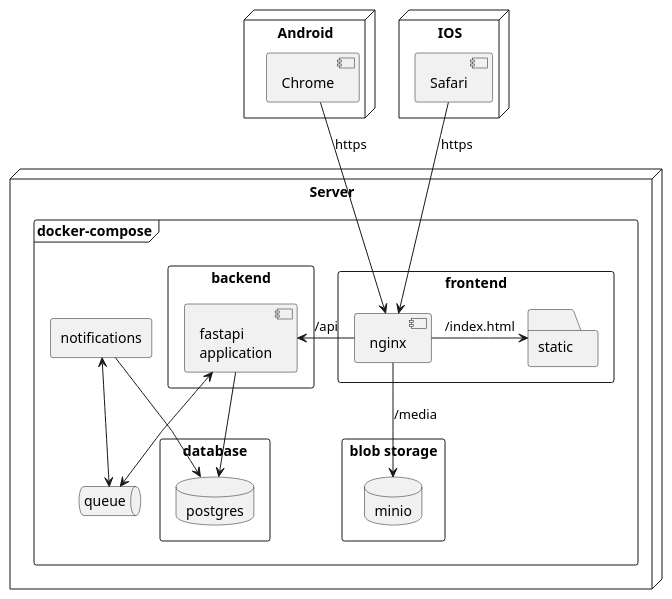
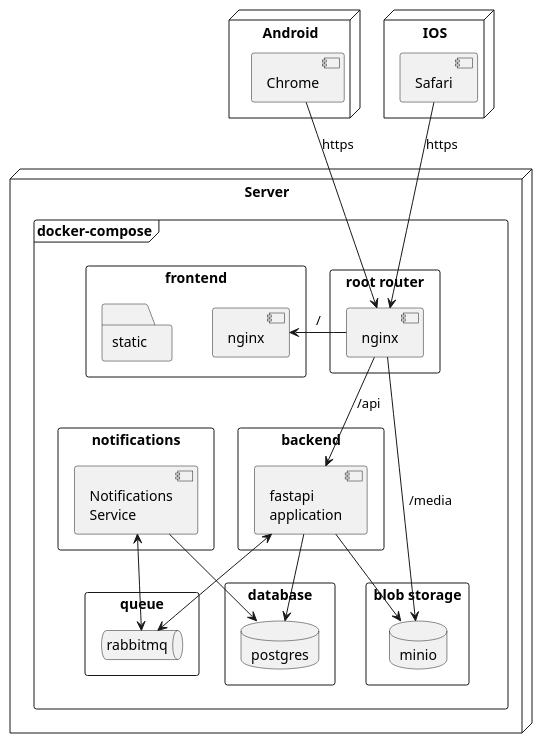
Before and after one commit to kluchi/diagrams: the diagram in deployment.puml, drawn with PlantUML.

Commit message:
add separate frontend container

```diff
--- a/deployment.puml
+++ b/deployment.puml
@@ -1,78 +1,95 @@
 @startuml deployment
 
 'left to right direction
 
 'skinparam linetype ortho
-skinparam linetype polyline
+'skinparam linetype polyline
 
-skinparam nodesep 25
-skinparam ranksep 20
+skinparam nodesep 40
+skinparam ranksep 25
 
 node Server {
     frame "docker-compose" {
-        rectangle frontend {
-            component nginx {
-
-            }
-            folder static {
+        rectangle "root router" as root_r {
+            component "nginx" as root {
 
             }
         }
 
         rectangle backend {
             component api_server [fastapi 
             application]
         }
 
-        queue queue {
+        rectangle frontend {
+            
+            component "nginx" as n2 {
 
+            }
+
+            folder static {
+
+            }
         }
 
+        rectangle "queue" as q {
+            queue "rabbitmq" as queue {
+
+            }
+        }
+
+        
+
         rectangle notifications {
-
+            component ns [Notifications
+            Service]
         }
 
         rectangle database {
             database postgres
         }
 
         rectangle "blob storage" as blob {
             database minio
         }
     }
 }
 
 
 
 node Android as andoid {
     component Chrome {
 
     }
 }
 
 node IOS as ios {
     component Safari {
 
     }
 }
 
 
 
 
-nginx -l-> api_server : /api
-nginx -r-> static : /index.html
+root --> api_server : /api
+root -r-> n2 : /
 
-nginx -d-> minio : /media
+root -d-> minio : /media
 
 
 api_server --> postgres
 api_server <--> queue
 
-notifications <--> queue
-notifications --> postgres
+api_server --> minio
 
-Safari --> nginx : https
+ns <--> queue
+ns --> postgres
 
-Chrome --> nginx : https
+Safari --> root : https
+
+Chrome --> root : https
+
+
 
 @enduml
```
